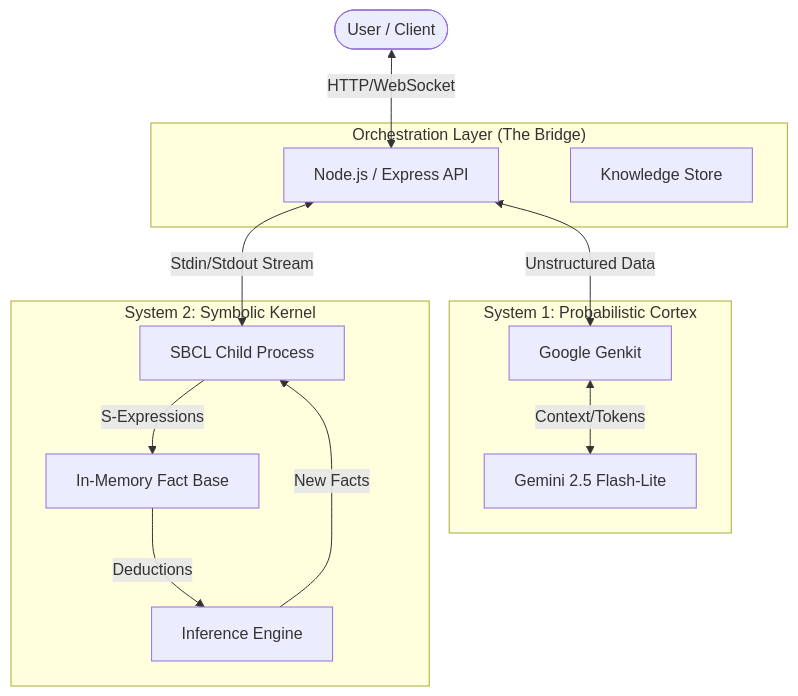
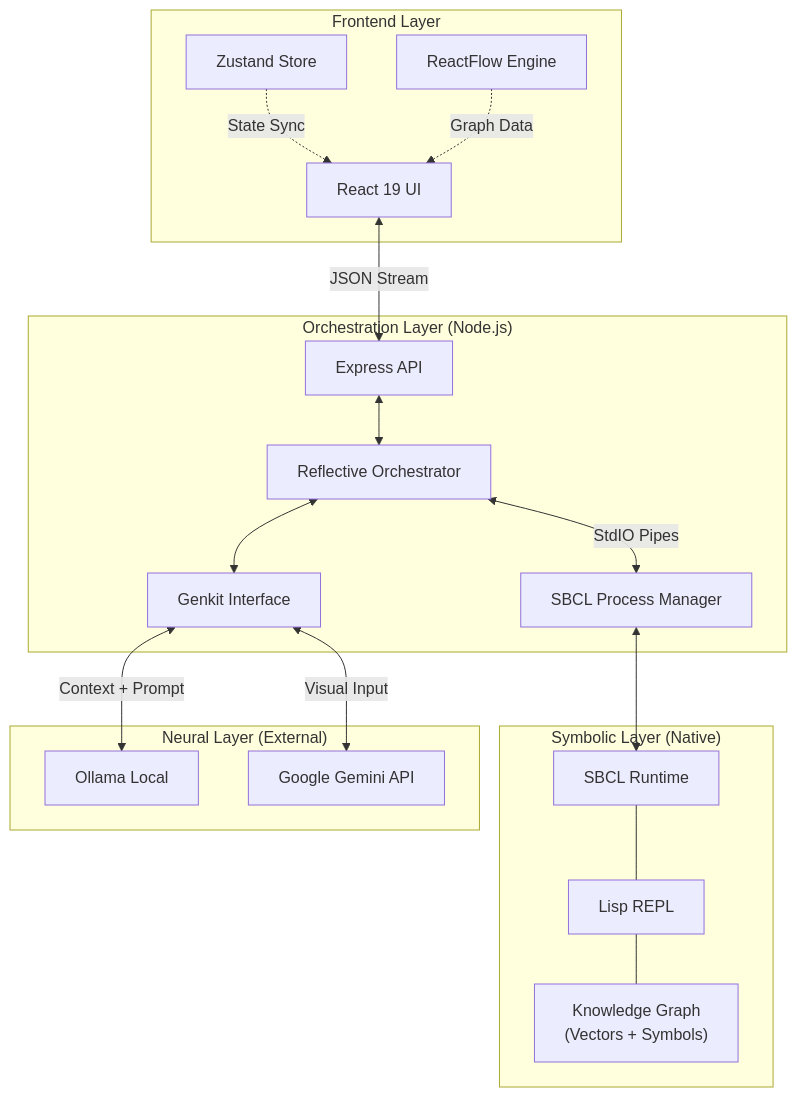
The second of 7 diagrams in README.md (spock74/dialectical-symbolic-ai), drawn with Mermaid before and after one commit. The commit also changed other lines of this file and 71 other files, not shown here.

````diff
--- a/README.md
+++ b/README.md
@@ -21,29 +44,40 @@
 ```mermaid
-graph TD
-    User(["User / Client"])
-    
-    subgraph "Orchestration Layer (The Bridge)"
-        API["Node.js / Express API"]
-        Store[Knowledge Store]
+graph TB
+    subgraph "Frontend Layer"
+        UI[React 19 UI]
+        RF[ReactFlow Engine]
+        ZU[Zustand Store]
     end
 
-    subgraph "System 1: Probabilistic Cortex"
-        Genkit[Google Genkit]
-        Gemini["Gemini 2.5 Flash-Lite"]
+    subgraph "Orchestration Layer (Node.js)"
+        API[Express API]
+        RO[Reflective Orchestrator]
+        GI[Genkit Interface]
+        SP[SBCL Process Manager]
     end
 
-    subgraph "System 2: Symbolic Kernel"
-        SBCL[SBCL Child Process]
-        LispMem[In-Memory Fact Base]
-        Inference[Inference Engine]
+    subgraph "Symbolic Layer (Native)"
+        SBCL[SBCL Runtime]
+        REPL[Lisp REPL]
+        KG["Knowledge Graph<br/>(Vectors + Symbols)"]
     end
 
-    User <-->|HTTP/WebSocket| API
-    API <-->|Unstructured Data| Genkit
-    Genkit <-->|Context/Tokens| Gemini
+    subgraph "Neural Layer (External)"
+        OLLAMA[Ollama Local]
+        GEMINI[Google Gemini API]
+    end
+
+    UI <-->|"JSON Stream"| API
+    API <--> RO
+    RO <--> GI
+    GI <-->|"Context + Prompt"| OLLAMA
+    GI <-->|"Visual Input"| GEMINI
     
-    API <-->|Stdin/Stdout Stream| SBCL
-    SBCL -->|S-Expressions| LispMem
-    LispMem -->|Deductions| Inference
-    Inference -->|New Facts| SBCL
+    RO <-->|"StdIO Pipes"| SP
+    SP <--> SBCL
+    SBCL --- REPL
+    REPL --- KG
+    
+    ZU -.->|"State Sync"| UI
+    RF -.->|"Graph Data"| UI
 ```
````
